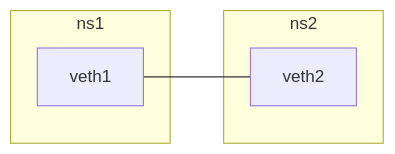
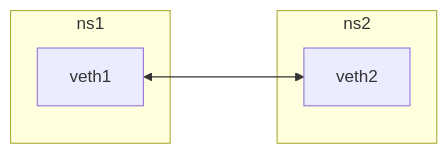
One commit to thachmpham/thachmpham.github.io changed the first of 2 diagrams in md/veth.md. Above: the diagram before and after it, drawn with Mermaid. The commit also changed other lines of this file and 5 other files, not shown here.

```diff
--- a/md/veth.md
+++ b/md/veth.md
@@ -30,11 +34,11 @@
 <pre class="mermaid">
 flowchart LR
     subgraph ns1
         veth1
     end
     subgraph ns2
         veth2
     end
 
-    veth1 --- veth2
+    veth1 <---> veth2
 </pre>
```
